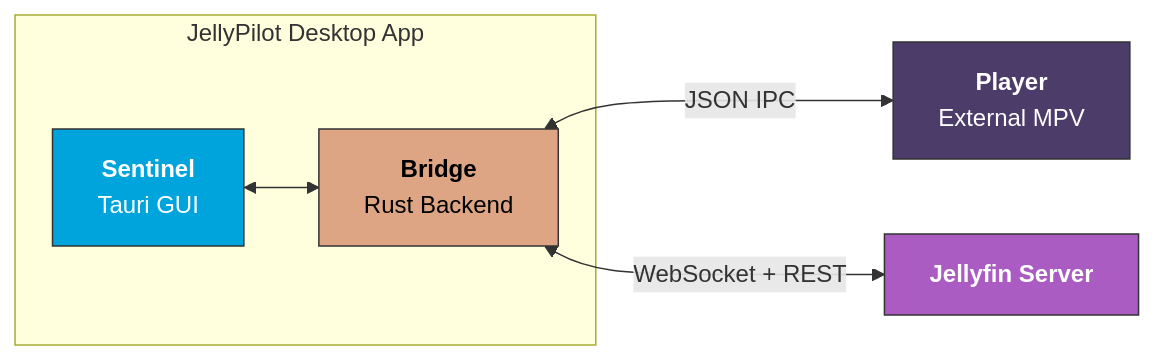
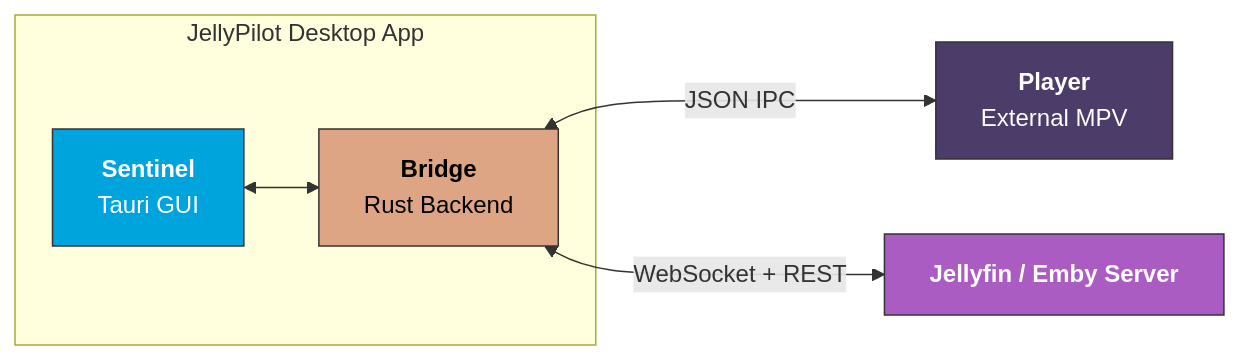
Before and after one commit to hewel/jellypilot: the diagram in README.md, drawn with Mermaid. The commit also changed other lines of this file, not shown here.

Commit message:
docs(readme): document Emby support

````diff
--- a/README.md
+++ b/README.md
@@ -79,16 +91,16 @@
 ```mermaid
 graph LR
     subgraph JellyPilot[JellyPilot Desktop App]
         A[<b>Sentinel</b><br>Tauri GUI]
         B[<b>Bridge</b><br>Rust Backend]
         A <--> B
     end
     
     B <-->|JSON IPC| C[<b>Player</b><br>External MPV]
-    B <-->|WebSocket + REST| D[<b>Jellyfin Server</b>]
+    B <-->|WebSocket + REST| D[<b>Jellyfin / Emby Server</b>]
     
     style A fill:#00a4dc,stroke:#333,color:white
     style B fill:#dea584,stroke:#333,color:black
     style C fill:#4c3c69,stroke:#333,color:white
     style D fill:#aa5cc3,stroke:#333,color:white
 ```
````
